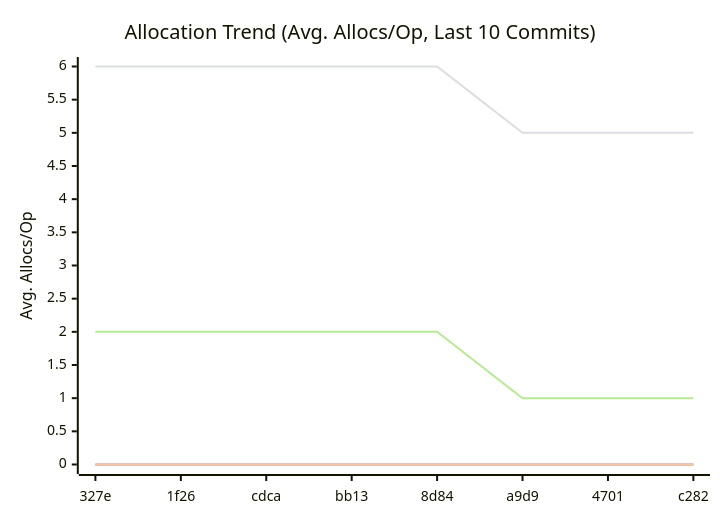
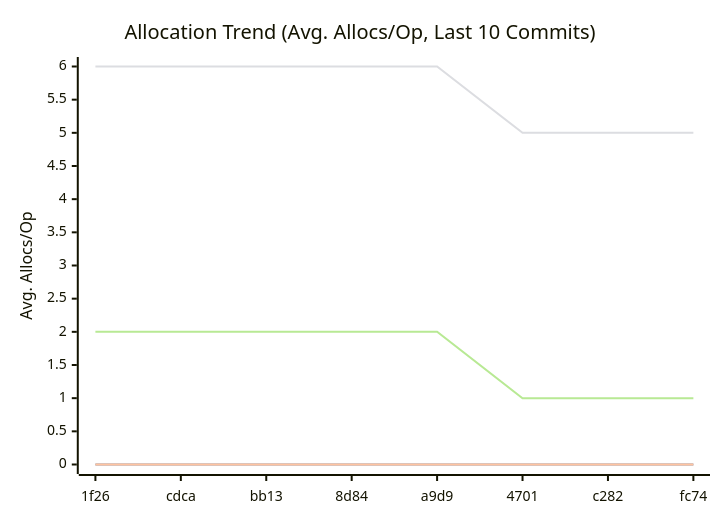
One commit to alsotoes/momo changed the third of 3 diagrams in doc/README.md. Above: the diagram before and after it, drawn with Mermaid. The commit also changed other lines of this file and 1 other file, not shown here.

````diff
--- a/doc/README.md
+++ b/doc/README.md
@@ -322,12 +322,12 @@
 ```mermaid
 xychart-beta
     title "Allocation Trend (Avg. Allocs/Op, Last 10 Commits)"
     x-axis "Commit"
     y-axis "Avg. Allocs/Op"
-    x-axis [327e,1f26,cdca,bb13,8d84,a9d9,4701,c282]
+    x-axis [1f26,cdca,bb13,8d84,a9d9,4701,c282,fc74]
     line "CheckMetricsAndSwap" [0,0,0,0,0,0,0,0,0,0]
     line "IndexDirectTracking" [0,0,0,0,0,0,0,0,0,0]
     line "IndexSearch" [0,0,0,0,0,0,0,0,0,0]
-    line "ParseReplicationOrder_NoPrealloc" [6,6,6,6,6,5,5,5]
-    line "ParseReplicationOrder_Prealloc" [2,2,2,2,2,1,1,1]
+    line "ParseReplicationOrder_NoPrealloc" [6,6,6,6,6,5,5,5,5]
+    line "ParseReplicationOrder_Prealloc" [2,2,2,2,2,1,1,1,1]
 ```
````
